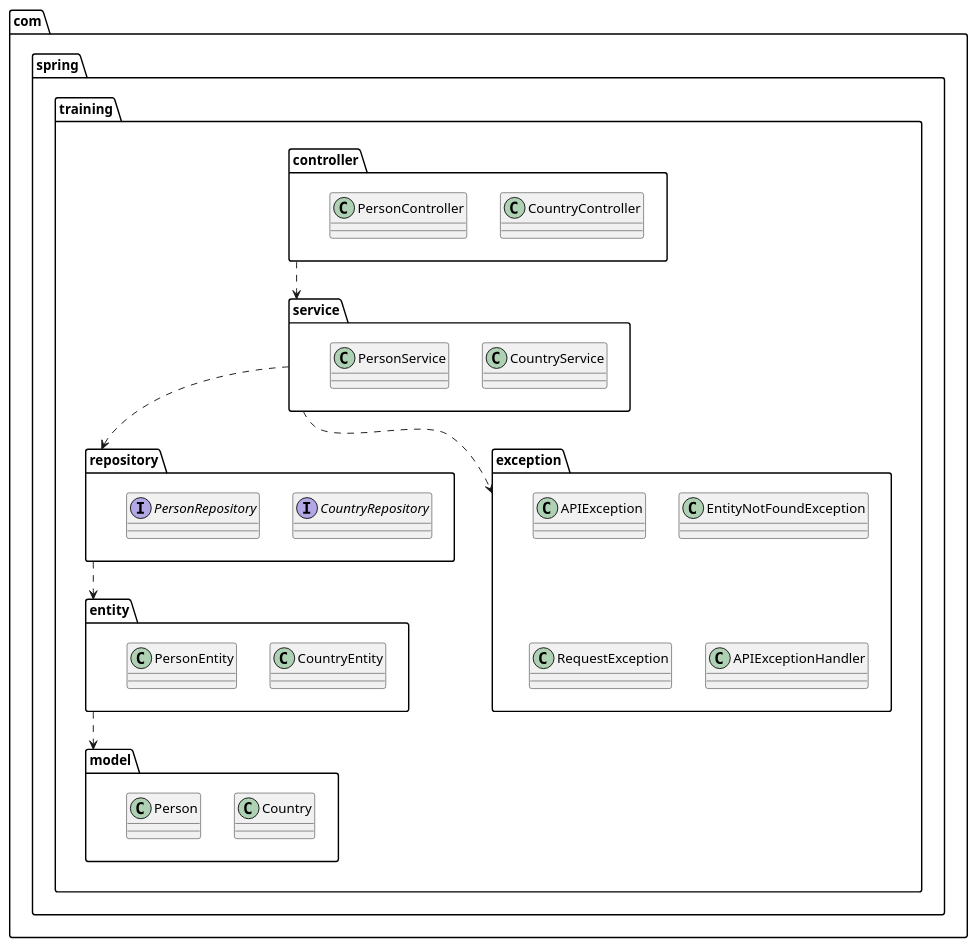
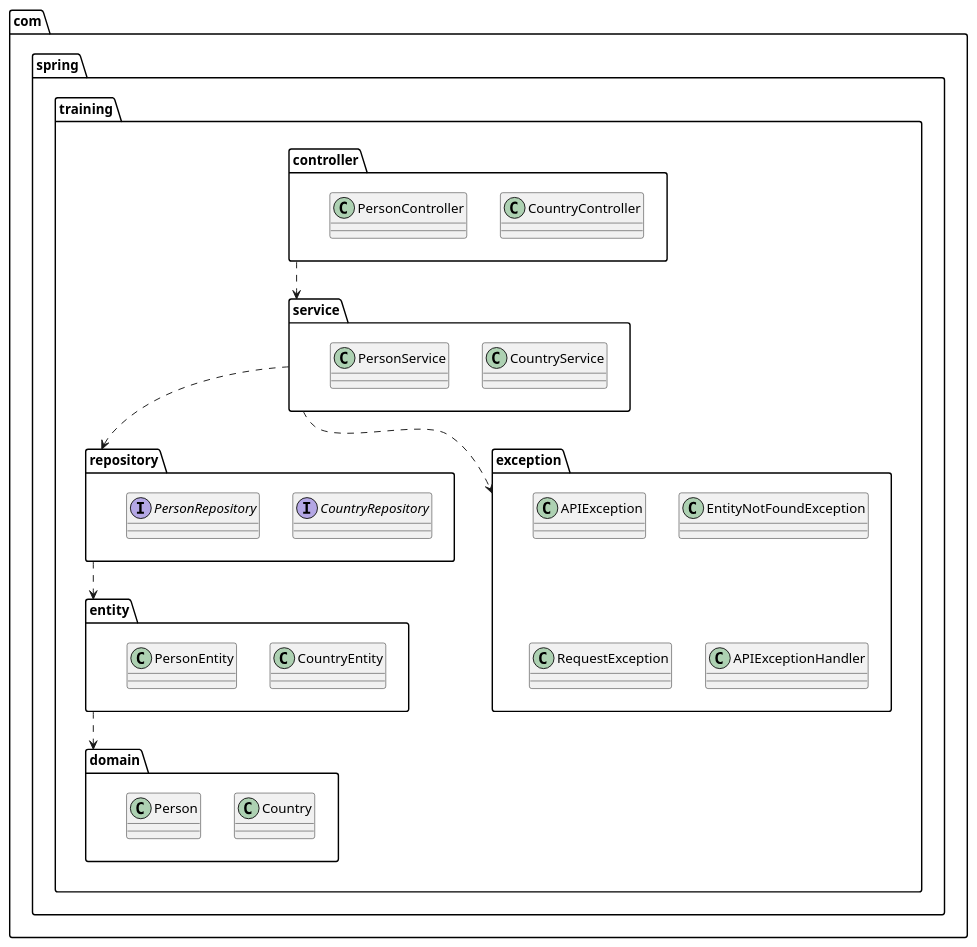
One commit to laminba2003/spring-rest-services changed the first of 5 diagrams in src/main/asciidoc/index.adoc. Above: the diagram before and after it, drawn with PlantUML. The commit also changed 10 other files, not shown here.

```diff
--- a/src/main/asciidoc/index.adoc
+++ b/src/main/asciidoc/index.adoc
@@ -25,43 +25,43 @@
 [plantuml, Package-diagram, png]
 ----
 
-package com.spring.training.model {
+package com.spring.training.domain {
     class Country
     class Person
 }
 
 package com.spring.training.entity {
     class CountryEntity
     class PersonEntity
 }
 
 package com.spring.training.repository {
     interface CountryRepository
     interface PersonRepository
 }
 
 package com.spring.training.exception {
     class APIException
     class EntityNotFoundException
     class RequestException
     class APIExceptionHandler
 }
 
 package com.spring.training.service {
     class CountryService
     class PersonService
 }
 
 package com.spring.training.controller {
     class CountryController
     class PersonController
 }
 
 
-com.spring.training.entity ..> com.spring.training.model
+com.spring.training.entity ..> com.spring.training.domain
 com.spring.training.repository ..> com.spring.training.entity
 com.spring.training.service ..> com.spring.training.repository
 com.spring.training.service ..> com.spring.training.exception
 com.spring.training.controller ..> com.spring.training.service
 
 ----
```
